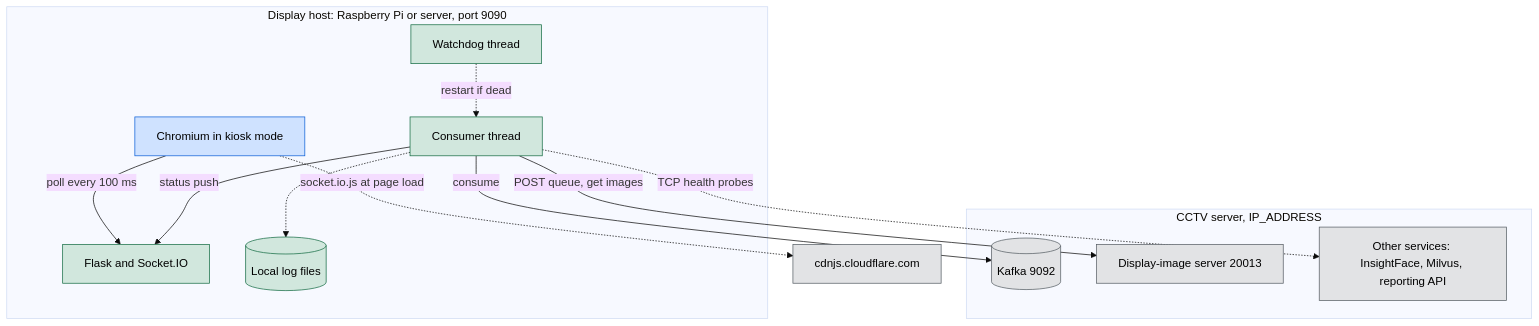
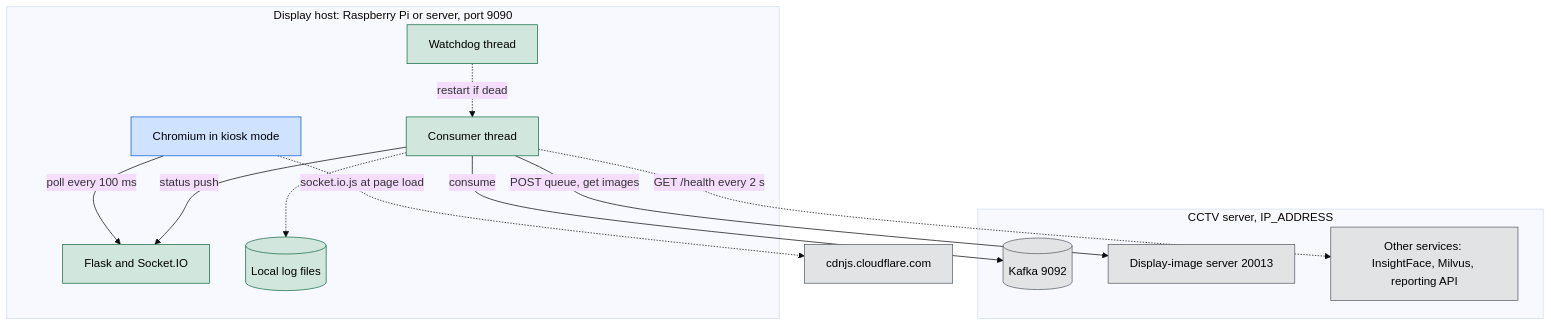
One commit to hamza-aziz-ai/Kafka-WebApp changed the first of 3 diagrams in docs/ARCHITECTURE.md. Above: the diagram before and after it, drawn with Mermaid (base theme). The commit also changed other lines of this file and 17 other files, not shown here.

````diff
--- a/docs/ARCHITECTURE.md
+++ b/docs/ARCHITECTURE.md
@@ -37,29 +37,29 @@
 ```mermaid
 flowchart TD
     subgraph display["`Display host: Raspberry Pi or server, port 9090`"]
         K["`Chromium in kiosk mode`"]:::person
         W["`Flask and Socket.IO`"]:::code
         C["`Consumer thread`"]:::code
         D["`Watchdog thread`"]:::code
         L[("`Local log files`")]:::code
     end
     subgraph server["`CCTV server, IP_ADDRESS`"]
         Q[("`Kafka 9092`")]:::outside
         I["`Display-image server 20013`"]:::outside
         S["`Other services: InsightFace, Milvus, reporting API`"]:::outside
     end
     N["`cdnjs.cloudflare.com`"]:::outside
 
     K -->|"poll every 100 ms"| W
     K -.->|"socket.io.js at page load"| N
     C -->|"status push"| W
     C -->|"consume"| Q
     C -->|"POST queue, get images"| I
-    C -.->|"TCP health probes"| S
+    C -.->|"GET /health every 2 s"| S
     C -.-> L
     D -.->|"restart if dead"| C
 
     classDef person fill:#cfe2ff,stroke:#0b5ed7,color:#000
     classDef code fill:#d1e7dd,stroke:#146c43,color:#000
     classDef outside fill:#e2e3e5,stroke:#565e64,color:#000
 ```
````
